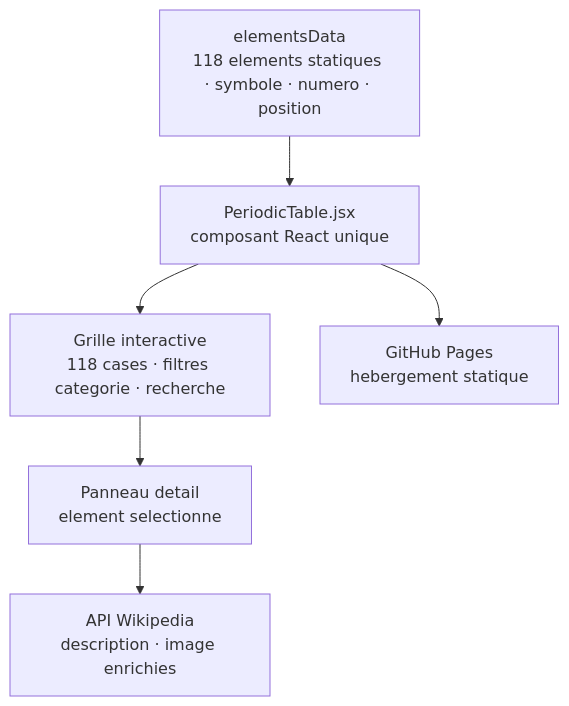
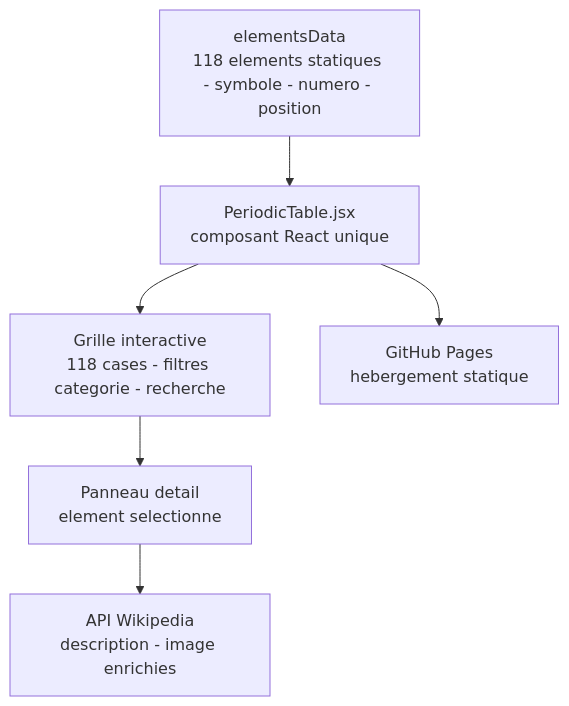
The diagram in README.md (Adam-Blf/Mendelieve.io), drawn with Mermaid before and after one commit. The commit also changed other lines of this file, not shown here.

Commit message:
docs: typography pass, no em dash or middle dot (#1)

````diff
--- a/README.md
+++ b/README.md
@@ -20,14 +20,14 @@
 ```mermaid
 flowchart TB
     A["PeriodicTable.jsx<br/>composant React unique"]
-    B["elementsData<br/>118 elements statiques · symbole · numero · position"]
-    C["Grille interactive<br/>118 cases · filtres categorie · recherche"]
+    B["elementsData<br/>118 elements statiques - symbole - numero - position"]
+    C["Grille interactive<br/>118 cases - filtres categorie - recherche"]
     D["Panneau detail<br/>element selectionne"]
-    E["API Wikipedia<br/>description · image enrichies"]
+    E["API Wikipedia<br/>description - image enrichies"]
     F["GitHub Pages<br/>hebergement statique"]
     B --> A
     A --> C
     C --> D
     D --> E
     A --> F
 ```
````
